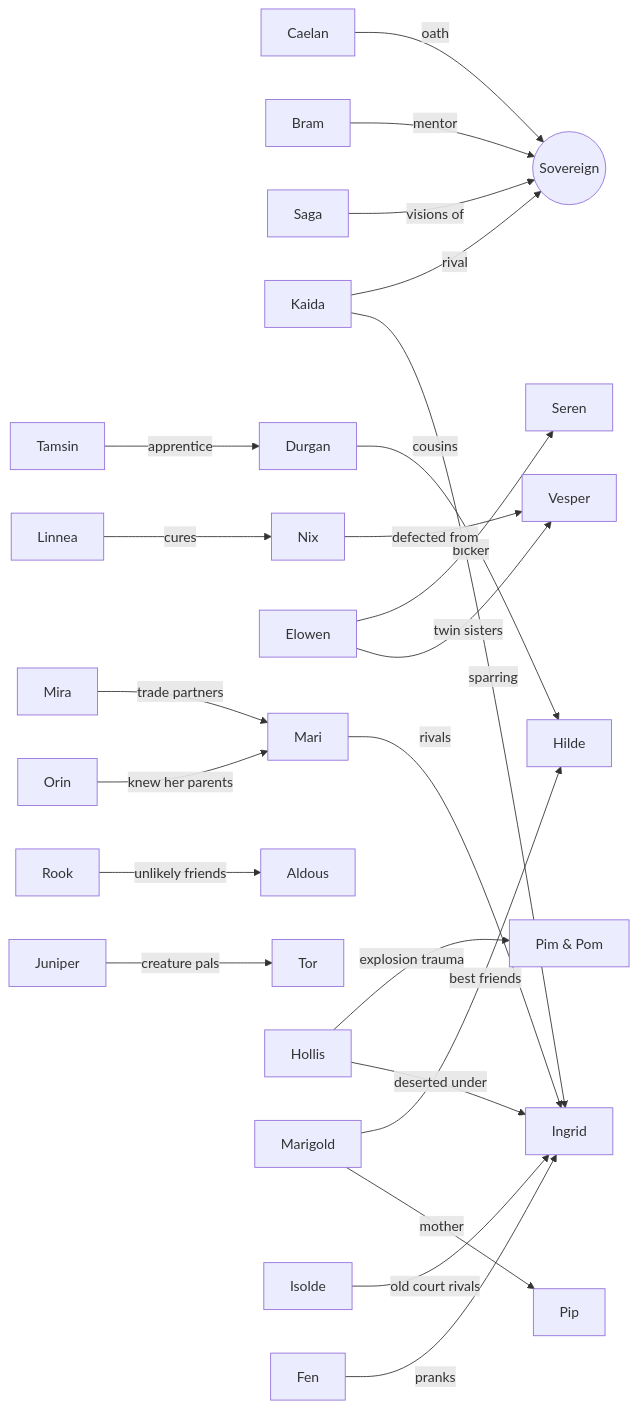
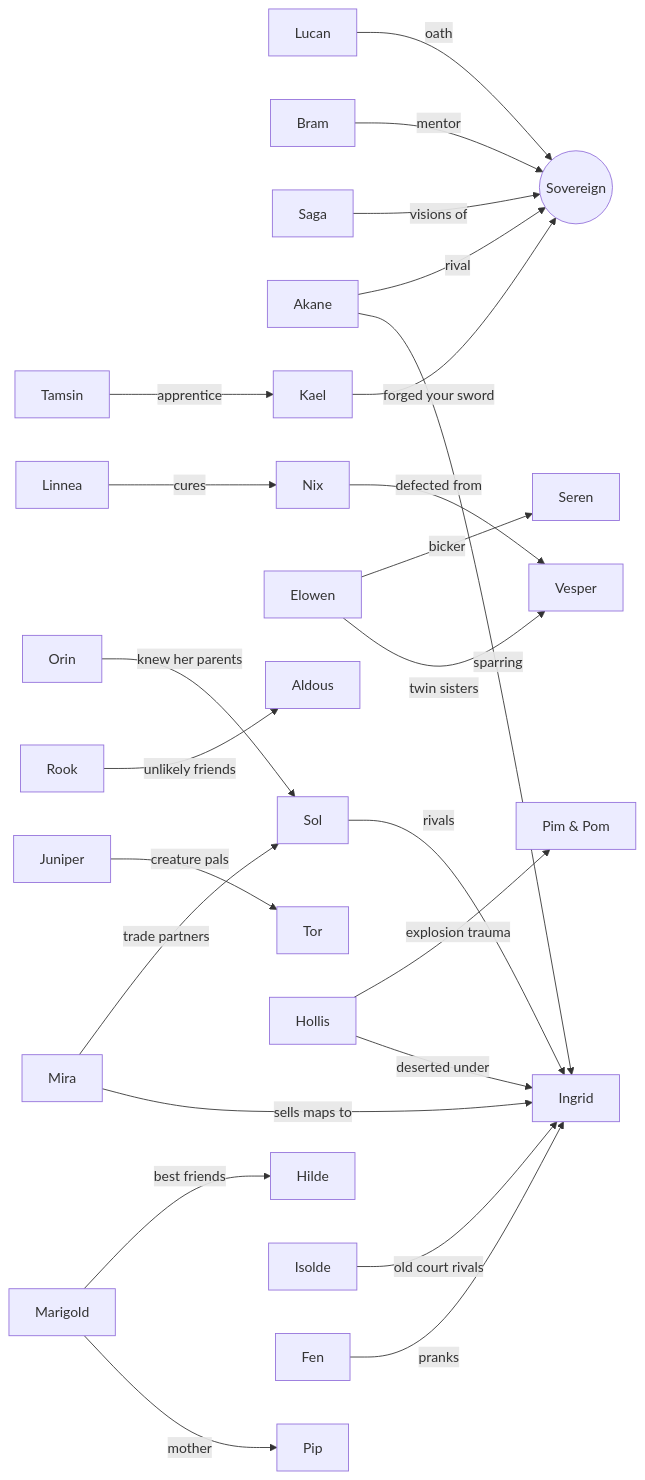
Before and after one commit to Nozeoz/NOZE: the diagram in docs/04_CHARACTERS.md, drawn with Mermaid. The commit also changed other lines of this file and 14 other files, not shown here.

````diff
--- a/docs/04_CHARACTERS.md
+++ b/docs/04_CHARACTERS.md
@@ -435,26 +441,27 @@
 ```mermaid
 graph LR
     SOV((Sovereign))
-    Caelan -- oath --> SOV
+    Lucan -- oath --> SOV
     Bram -- mentor --> SOV
     Saga -- visions of --> SOV
-    Kaida -- rival --> SOV
-    Tamsin -- apprentice --> Durgan
-    Mari -- rivals --> Ingrid
+    Akane -- rival --> SOV
+    Tamsin -- apprentice --> Kael
+    Kael -- forged your sword --> SOV
+    Sol -- rivals --> Ingrid
     Elowen -- bicker --> Seren
     Elowen -- twin sisters --> Vesper
     Nix -- defected from --> Vesper
     Linnea -- cures --> Nix
     Rook -- unlikely friends --> Aldous
     Juniper -- creature pals --> Tor
     Hollis -- explosion trauma --> PimPom[Pim & Pom]
     Marigold -- best friends --> Hilde
     Marigold -- mother --> Pip
-    Mira -- trade partners --> Mari
-    Orin -- knew her parents --> Mari
+    Mira -- trade partners --> Sol
+    Orin -- knew her parents --> Sol
     Isolde -- old court rivals --> Ingrid
     Hollis -- deserted under --> Ingrid
     Fen -- pranks --> Ingrid
-    Kaida -- sparring --> Ingrid
-    Durgan -- cousins --> Hilde
+    Akane -- sparring --> Ingrid
+    Mira -- sells maps to --> Ingrid
 ```
````
